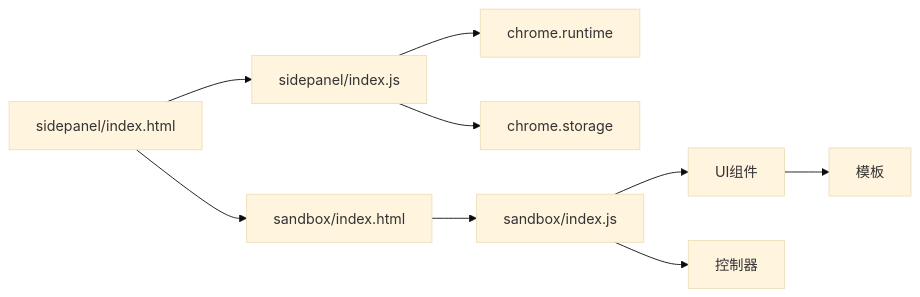
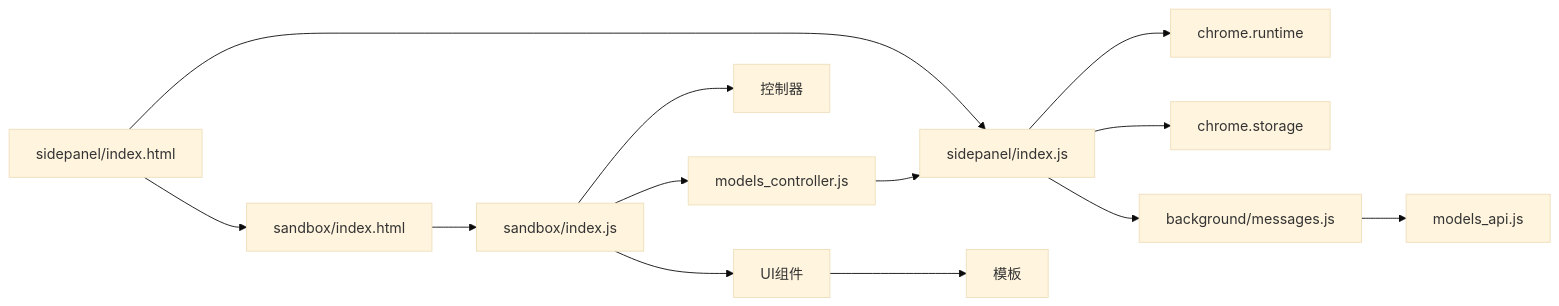
The seventh of 7 diagrams in .qoder/repowiki/zh/content/架构设计/整体架构/Sidepanel侧边栏界面.md (SEVENTEEN-TAN/gemini-nexus), drawn with Mermaid (base theme) before and after one commit. The commit also changed other lines of this file and 16 other files, not shown here.

````diff
--- a/.qoder/repowiki/zh/content/架构设计/整体架构/Sidepanel侧边栏界面.md
+++ b/.qoder/repowiki/zh/content/架构设计/整体架构/Sidepanel侧边栏界面.md
@@ -192,11 +238,15 @@
 ```mermaid
 graph LR
 A[sidepanel/index.html] --> B[sidepanel/index.js]
 B --> C[chrome.runtime]
 B --> D[chrome.storage]
 A --> E[sandbox/index.html]
 E --> F[sandbox/index.js]
 F --> G[UI组件]
 G --> H[模板]
 F --> I[控制器]
+F --> J[models_controller.js]
+J --> B
+B --> K[background/messages.js]
+K --> L[models_api.js]
 ```
````
